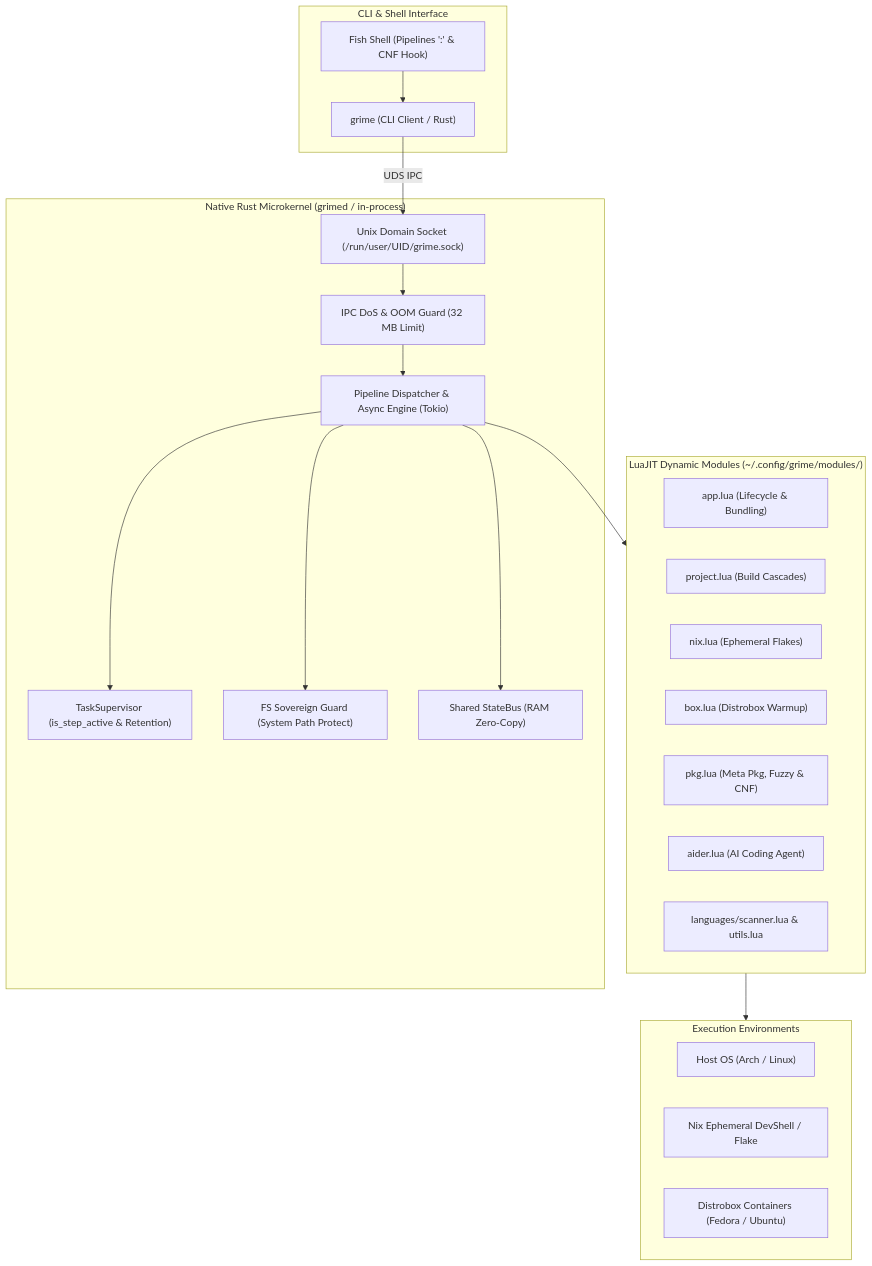
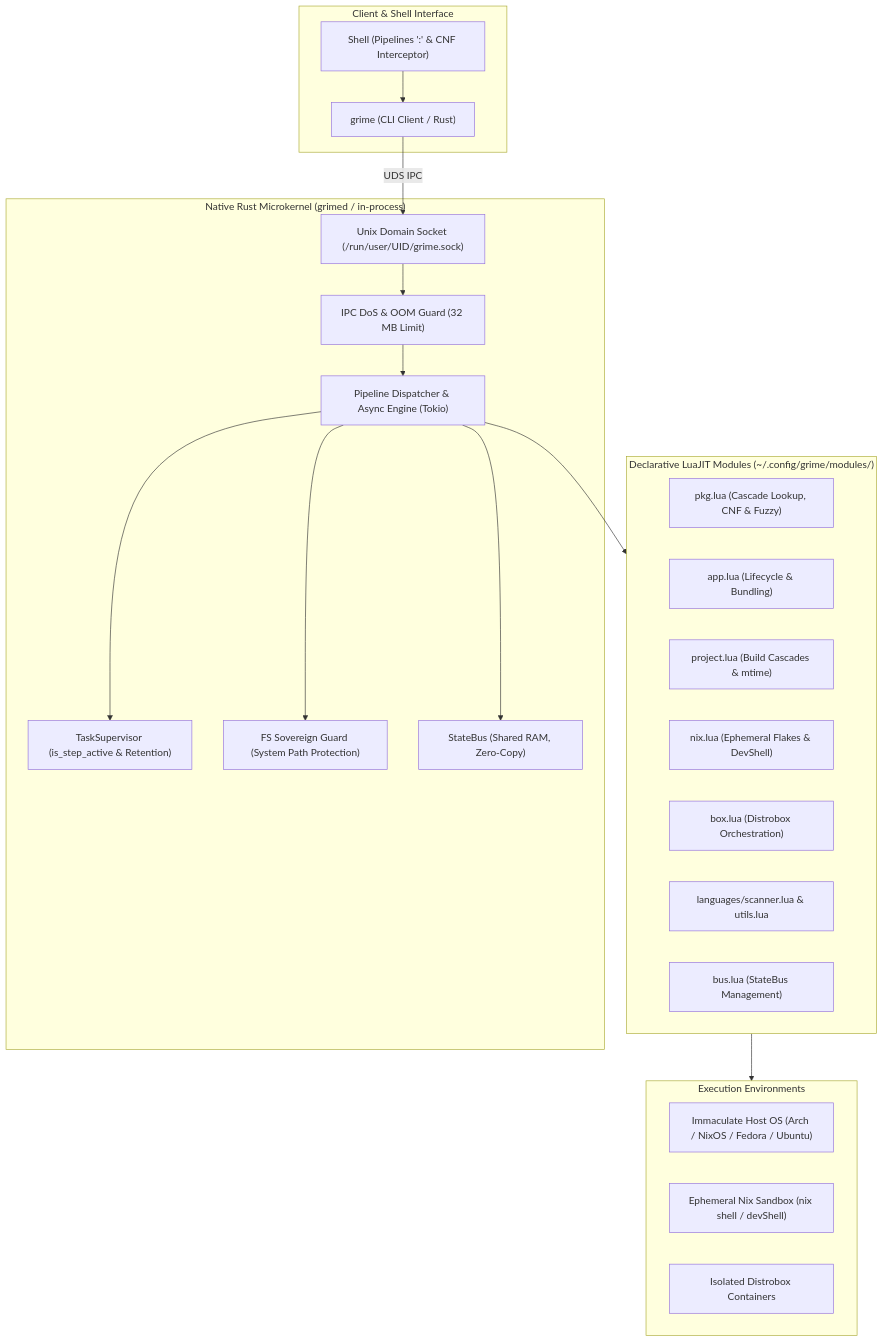
The diagram in README.en.md (GrimeVoid/grime-rust), drawn with Mermaid before and after one commit. The commit also changed other lines of this file and 2 other files, not shown here.

Commit message:
docs: сфокусировать README на магии эфемерности Nix, контейнеров и бесшовного запуска

````diff
--- a/README.en.md
+++ b/README.en.md
@@ -135,42 +221,42 @@
 ```mermaid
 flowchart TD
-    subgraph ClientLayer ["CLI & Shell Interface"]
+    subgraph ClientLayer ["Client & Shell Interface"]
         CLI["grime (CLI Client / Rust)"]
-        Fish["Fish Shell (Pipelines ':' & CNF Hook)"]
+        Fish["Shell (Pipelines ':' & CNF Interceptor)"]
     end
 
     subgraph CoreLayer ["Native Rust Microkernel (grimed / in-process)"]
         UDS["Unix Domain Socket (/run/user/UID/grime.sock)"]
         IPCGuard["IPC DoS & OOM Guard (32 MB Limit)"]
         Router["Pipeline Dispatcher & Async Engine (Tokio)"]
         Supervisor["TaskSupervisor (is_step_active & Retention)"]
-        FSGuard["FS Sovereign Guard (System Path Protect)"]
-        StateBus["Shared StateBus (RAM Zero-Copy)"]
+        FSGuard["FS Sovereign Guard (System Path Protection)"]
+        StateBus["StateBus (Shared RAM, Zero-Copy)"]
     end
 
-    subgraph LuaLayer ["LuaJIT Dynamic Modules (~/.config/grime/modules/)"]
+    subgraph LuaLayer ["Declarative LuaJIT Modules (~/.config/grime/modules/)"]
+        M_Pkg["pkg.lua (Cascade Lookup, CNF & Fuzzy)"]
         M_App["app.lua (Lifecycle & Bundling)"]
-        M_Proj["project.lua (Build Cascades)"]
-        M_Nix["nix.lua (Ephemeral Flakes)"]
-        M_Box["box.lua (Distrobox Warmup)"]
-        M_Pkg["pkg.lua (Meta Pkg, Fuzzy & CNF)"]
-        M_Aider["aider.lua (AI Coding Agent)"]
+        M_Proj["project.lua (Build Cascades & mtime)"]
+        M_Nix["nix.lua (Ephemeral Flakes & DevShell)"]
+        M_Box["box.lua (Distrobox Orchestration)"]
         M_Scan["languages/scanner.lua & utils.lua"]
+        M_Bus["bus.lua (StateBus Management)"]
     end
 
     subgraph Targets ["Execution Environments"]
-        HostOS["Host OS (Arch / Linux)"]
-        NixEnv["Nix Ephemeral DevShell / Flake"]
-        DBox["Distrobox Containers (Fedora / Ubuntu)"]
+        HostOS["Immaculate Host OS (Arch / NixOS / Fedora / Ubuntu)"]
+        NixEnv["Ephemeral Nix Sandbox (nix shell / devShell)"]
+        DBox["Isolated Distrobox Containers"]
     end
 
     Fish --> CLI
     CLI -->|UDS IPC| UDS
     UDS --> IPCGuard
     IPCGuard --> Router
     Router --> Supervisor
     Router --> FSGuard
     Router --> StateBus
     Router --> LuaLayer
     LuaLayer --> Targets
 ```
````
